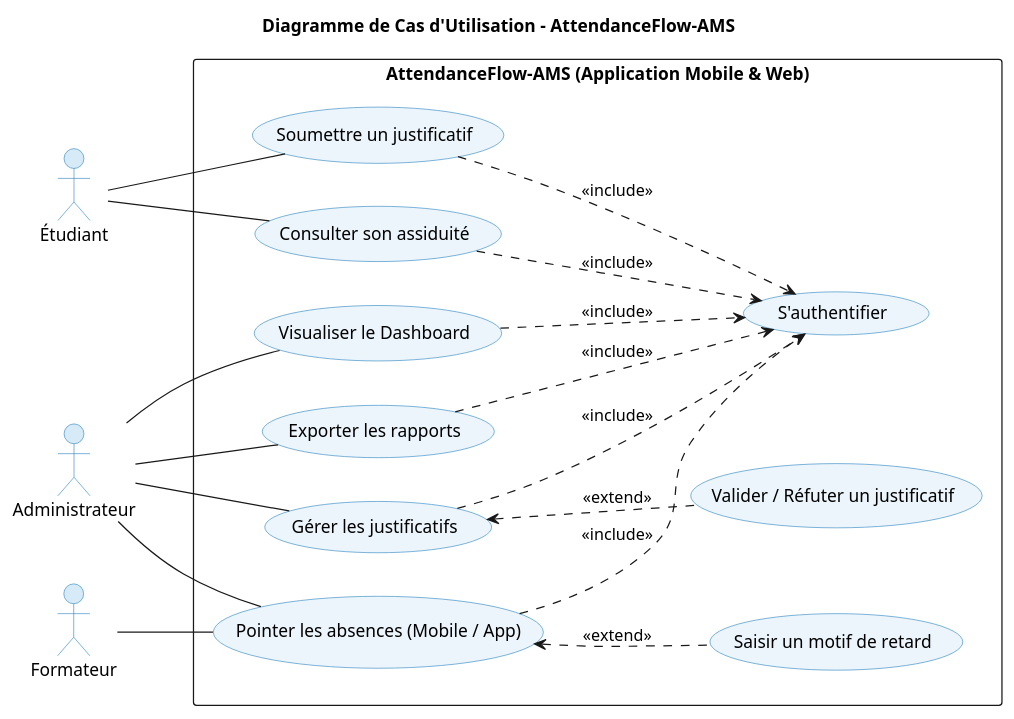
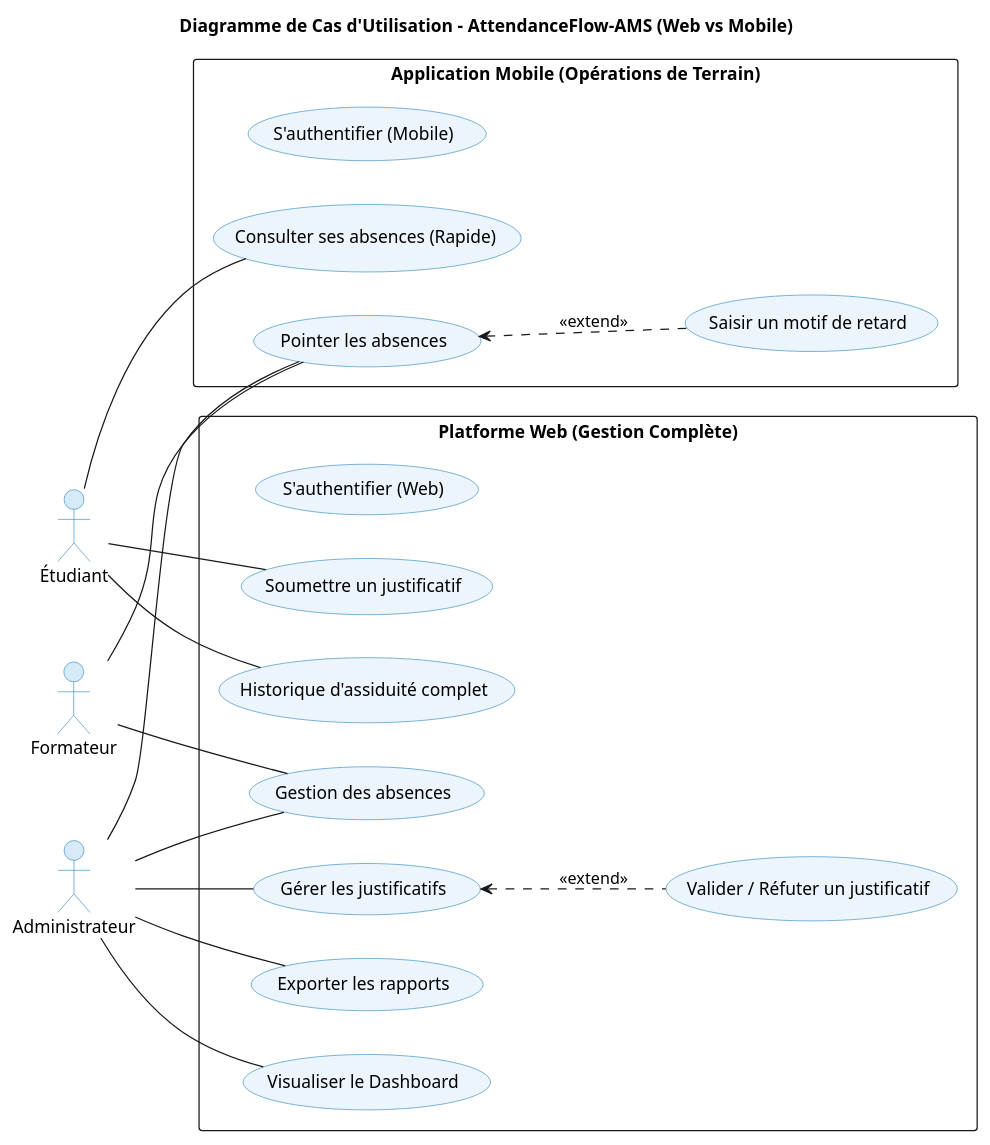
The diagram in Analyse/cas_utilisation/use_case.puml (abdelhaymallouli/AttendanceFlow-AMS), drawn with PlantUML before and after one commit. The commit also changed 2 other files, not shown here.

Commit message:
feat: Add initial PlantUML use case diagrams for AttendanceFlow-AMS, covering sprint 1, sprint 2, and a general overview.

```diff
--- a/Analyse/cas_utilisation/use_case.puml
+++ b/Analyse/cas_utilisation/use_case.puml
@@ -1,57 +1,58 @@
-@startuml use_case_simple_mobile
-title Diagramme de Cas d'Utilisation - AttendanceFlow-AMS
+@startuml use_case_divided
+title Diagramme de Cas d'Utilisation - AttendanceFlow-AMS (Web vs Mobile)
 
 left to right direction
 
 skinparam usecase {
   BackgroundColor #EBF5FB
   BorderColor #2E86C1
 }
 skinparam actor {
   BorderColor #2E86C1
   BackgroundColor #D6EAF8
 }
 
 actor "Administrateur" as Admin
 actor "Formateur" as Trainer
 actor "Étudiant" as Student
 
-rectangle "AttendanceFlow-AMS (Application Mobile & Web)" {
-  
-  usecase "S'authentifier" as UC01
-
-  ' On regroupe tout dans l'interface accessible partout
-    usecase "Pointer les absences (Mobile / App)" as UC02
-    usecase "Saisir un motif de retard" as UC02a
-    usecase "Soumettre un justificatif" as UC04
-    usecase "Gérer les justificatifs" as UC05
-    usecase "Consulter son assiduité" as UC06
-    usecase "Visualiser le Dashboard" as UC03
-    usecase "Exporter les rapports" as UC07
-
-
-  usecase "Valider / Réfuter un justificatif" as UC05a
-
-  ' Relations
-  UC02 <.. UC02a : <<extend>>
-  UC05 <.. UC05a : <<extend>>
-  
-  UC02 ..> UC01 : <<include>>
-  UC03 ..> UC01 : <<include>>
-  UC04 ..> UC01 : <<include>>
-  UC05 ..> UC01 : <<include>>
-  UC06 ..> UC01 : <<include>>
-  UC07 ..> UC01 : <<include>>
+rectangle "Application Mobile (Opérations de Terrain)" {
+    usecase "S'authentifier (Mobile)" as UC_M01
+    usecase "Pointer les absences" as UC_M02
+    usecase "Saisir un motif de retard" as UC_M02a
+    usecase "Consulter ses absences (Rapide)" as UC_M06
 }
 
-' Liens Acteurs
-Trainer -- UC02
-Student -- UC04
-Student -- UC06
+rectangle "Platforme Web (Gestion Complète)" {
+    usecase "S'authentifier (Web)" as UC_W01
+    usecase "Visualiser le Dashboard" as UC_W03
+    usecase "Soumettre un justificatif" as UC_W04
+    usecase "Gérer les justificatifs" as UC_W05
+    usecase "Valider / Réfuter un justificatif" as UC_W05a
+    usecase "Exporter les rapports" as UC_W07
+    usecase "Historique d'assiduité complet" as UC_W06
+    
+    ' Functions shared with mobile but accessible on web too
+    usecase "Gestion des absences" as UC_W_ABS
+}
 
-Admin -- UC02
-Admin -- UC03
-Admin -- UC05
-Admin -- UC07
+' Relations Mobile
+Trainer -- UC_M02
+Admin -- UC_M02
+UC_M02 <.. UC_M02a : <<extend>>
+Student -- UC_M06
+
+' Relations Web
+Admin -- UC_W03
+Admin -- UC_W05
+Admin -- UC_W07
+UC_W05 <.. UC_W05a : <<extend>>
+
+Student -- UC_W04
+Student -- UC_W06
+
+' Shared Logic
+Trainer -- UC_W_ABS
+Admin -- UC_W_ABS
 
 @enduml
```
